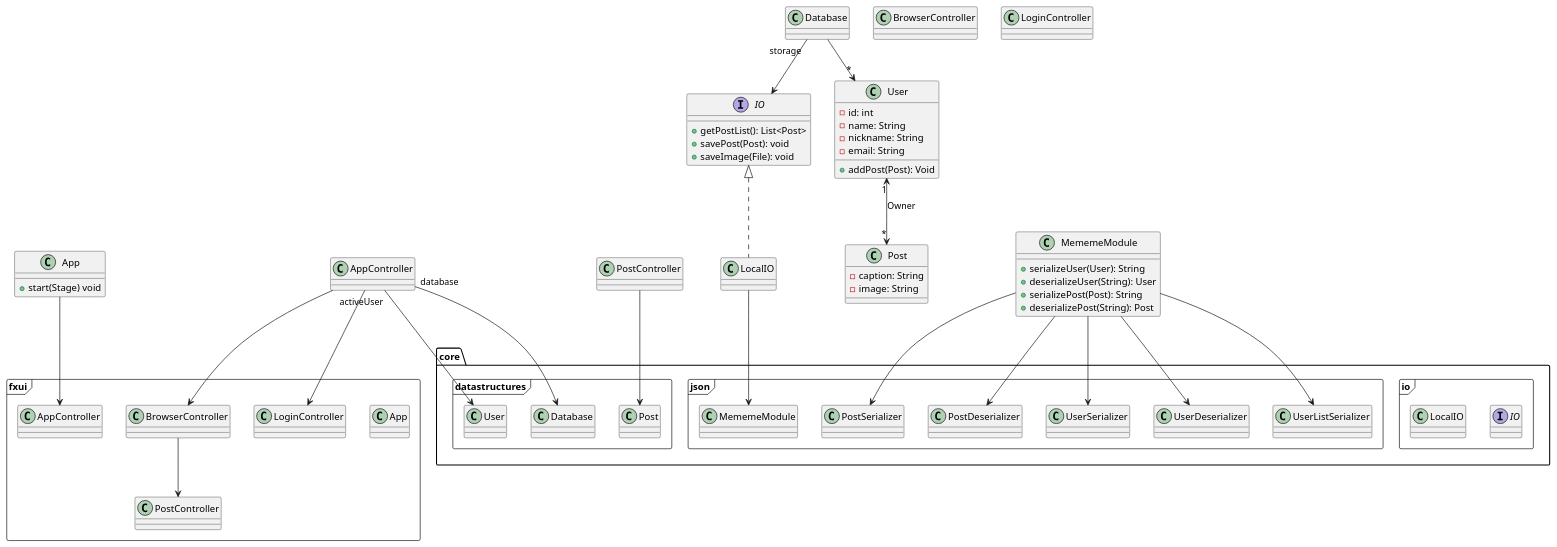
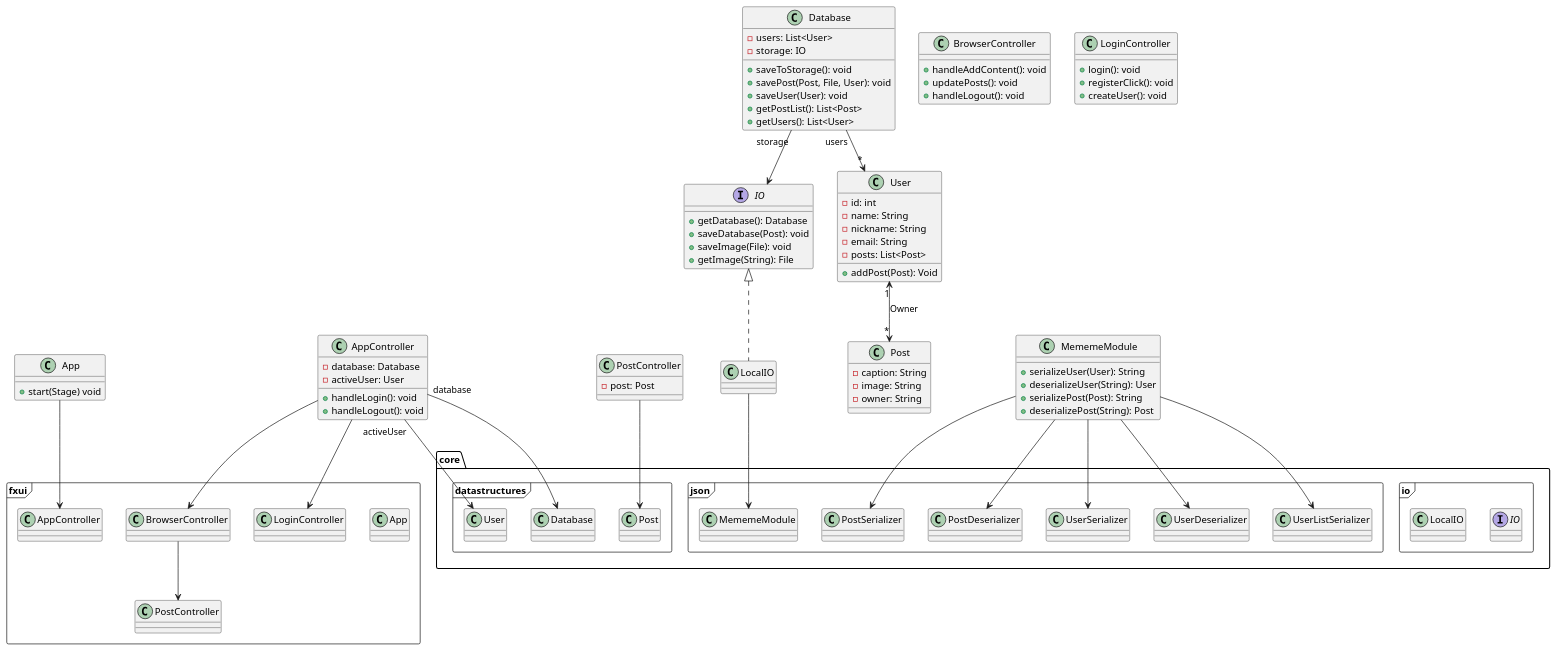
The second of 2 diagrams in mememedb/README.md (olepbr/it1901), drawn with PlantUML before and after one commit. The commit also changed other lines of this file, not shown here.

Commit message:
(#22) added package diagram and updated class diagram in main Readme

````diff
--- a/mememedb/README.md
+++ b/mememedb/README.md
@@ -54,27 +94,39 @@
 App --> AppController
 
 class AppController {
+    - database: Database
+    - activeUser: User
+    + handleLogin(): void
+    + handleLogout(): void
 }
 
 BrowserController --> PostController
 
 class PostController {
+    - post: Post
 }
 
 AppController --> BrowserController
 
 class BrowserController {
+    + handleAddContent(): void
+    + updatePosts(): void
+    + handleLogout(): void
 }
 
 AppController --> LoginController
 
 class LoginController {
+    + login(): void
+    + registerClick(): void
+    + createUser(): void
 }
 
 interface IO {
-    + getPostList(): List<Post>
-    + savePost(Post): void
+    + getDatabase(): Database
+    + saveDatabase(Post): void
     + saveImage(File): void
+    + getImage(String): File
 }
 
 class LocalIO implements IO
@@ -102,18 +154,28 @@
     - name: String
     - nickname: String
     - email: String
+    - posts: List<Post>
     + addPost(Post): Void
 }
 
 class Post {
     - caption: String
     - image: String
+    - owner: String
 }
 
 class Database {
+    - users: List<User>
+    - storage: IO
+    + saveToStorage(): void
+    + savePost(Post, File, User): void
+    + saveUser(User): void
+    + getPostList(): List<Post>
+    + getUsers(): List<User>
+    
 }
 
 User "1" <--> "*" Post : Owner
 Database "storage" --> IO
-Database --> "*" User
+Database "users" --> "*" User
 ```
````
